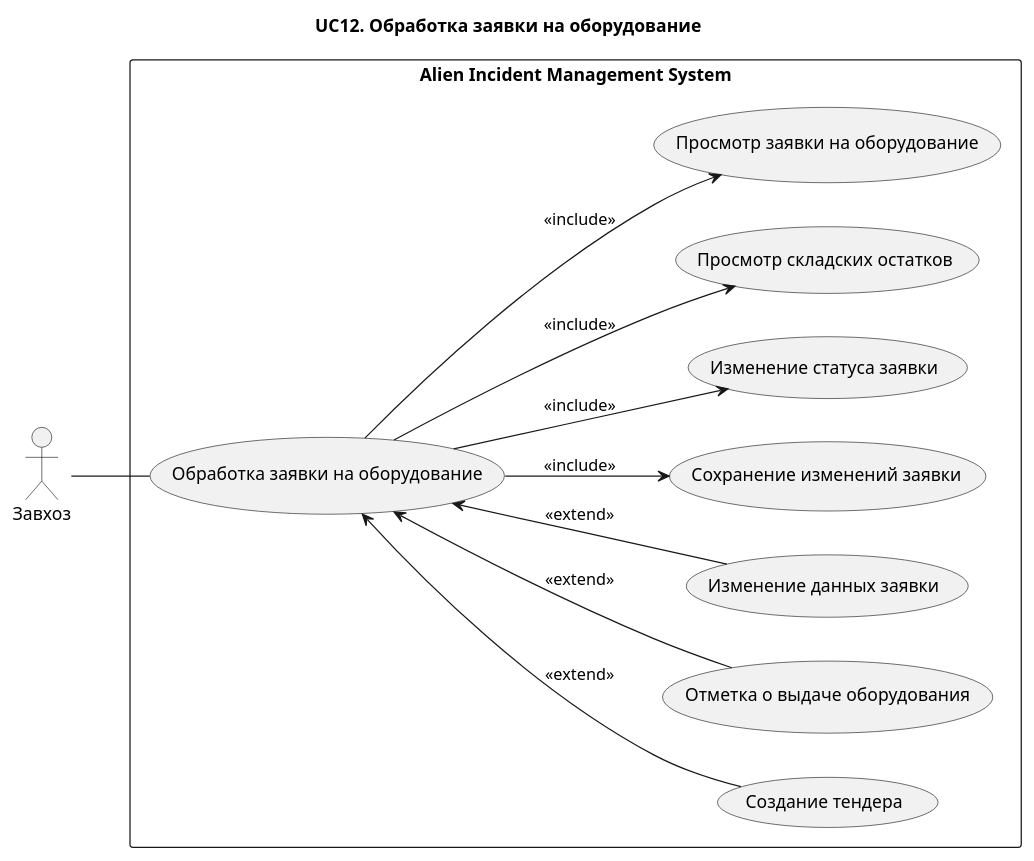
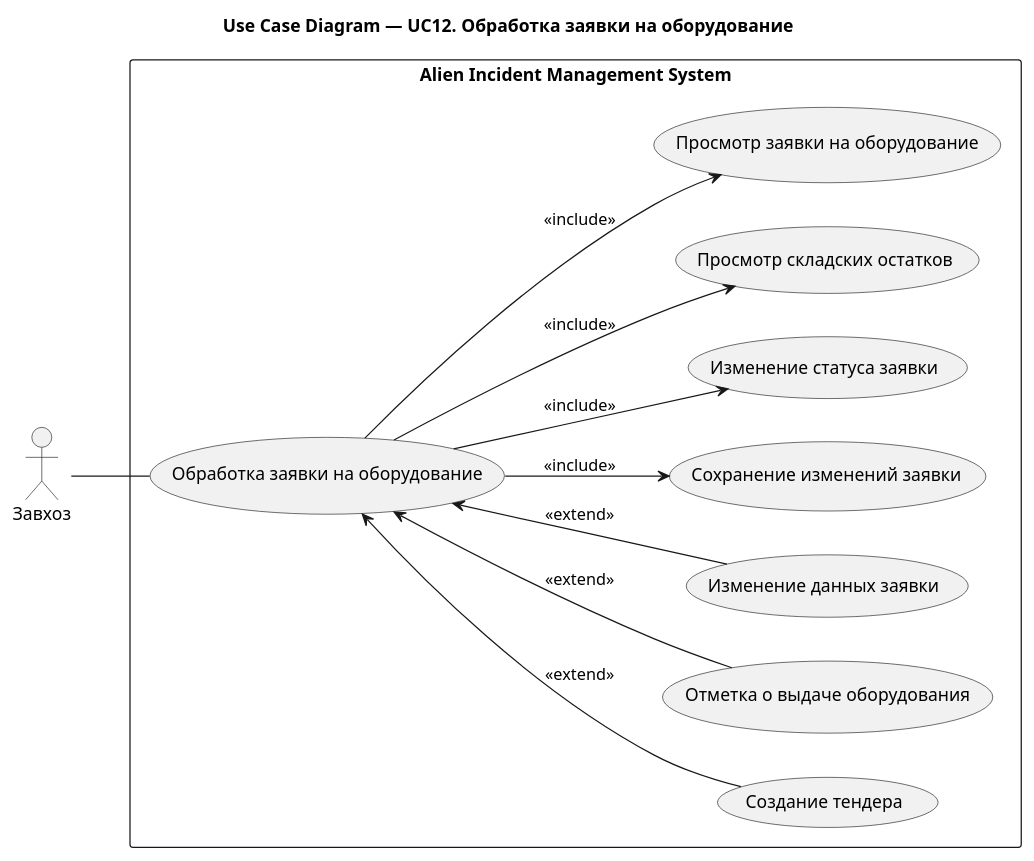
Before and after one commit to Andryss/AIMS: the diagram in docs/use-case/UC12.md, drawn with PlantUML. The commit also changed 31 other files, not shown here.

````diff
--- a/docs/use-case/UC12.md
+++ b/docs/use-case/UC12.md
@@ -5,33 +5,33 @@
 ```plantuml
 @startuml
-title UC12. Обработка заявки на оборудование
+title Use Case Diagram — UC12. Обработка заявки на оборудование
 left to right direction
 
 actor "Завхоз" as Storekeeper
 
 rectangle "Alien Incident Management System" {
 
 (Обработка заявки на оборудование) as UC11
 
 (Создание тендера) as UC118
 (Отметка о выдаче оборудования) as UC116
 (Изменение данных заявки) as UC115
 (Сохранение изменений заявки) as UC114
 (Изменение статуса заявки) as UC113
 (Просмотр складских остатков) as UC112
 (Просмотр заявки на оборудование) as UC111
 
 }
 
 Storekeeper -- UC11
 
 UC11 --> UC111 : <<include>>
 UC11 --> UC112 : <<include>>
 UC11 --> UC113 : <<include>>
 UC11 --> UC114 : <<include>>
 UC11 <-- UC115 : <<extend>>
 UC11 <-- UC116 : <<extend>>
 UC11 <-- UC118 : <<extend>>
 
 @enduml
 ```
````
